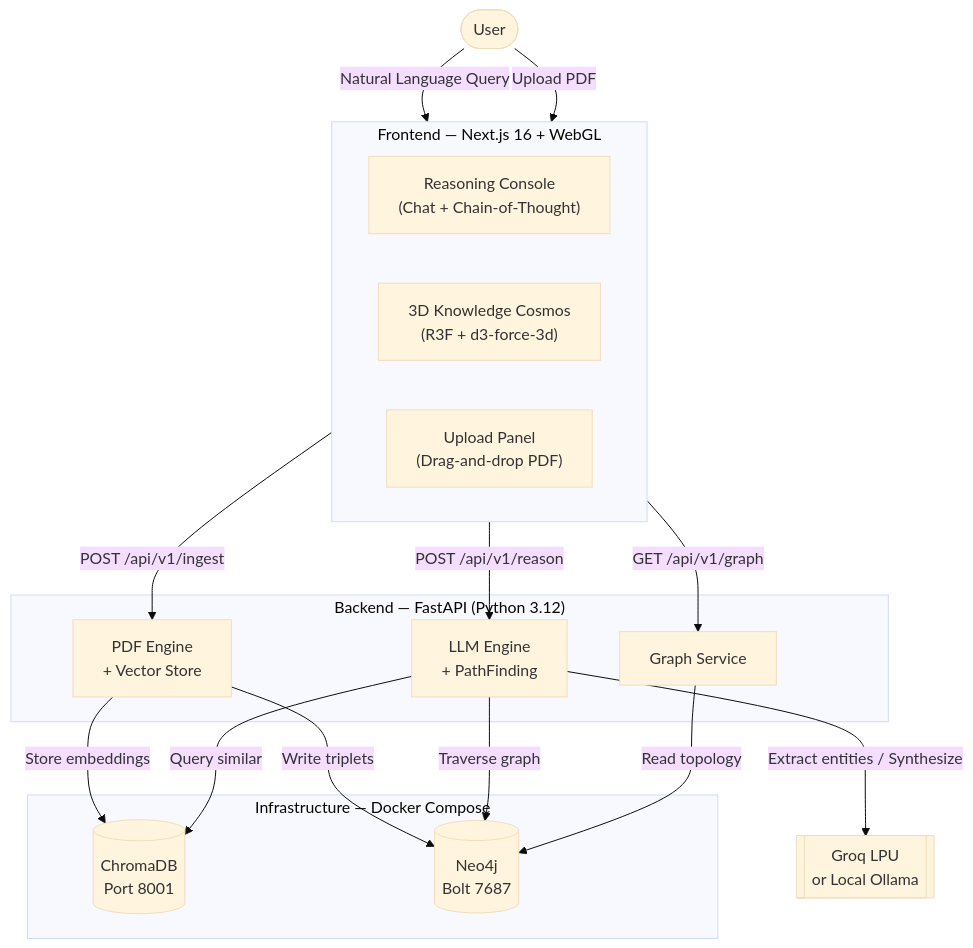
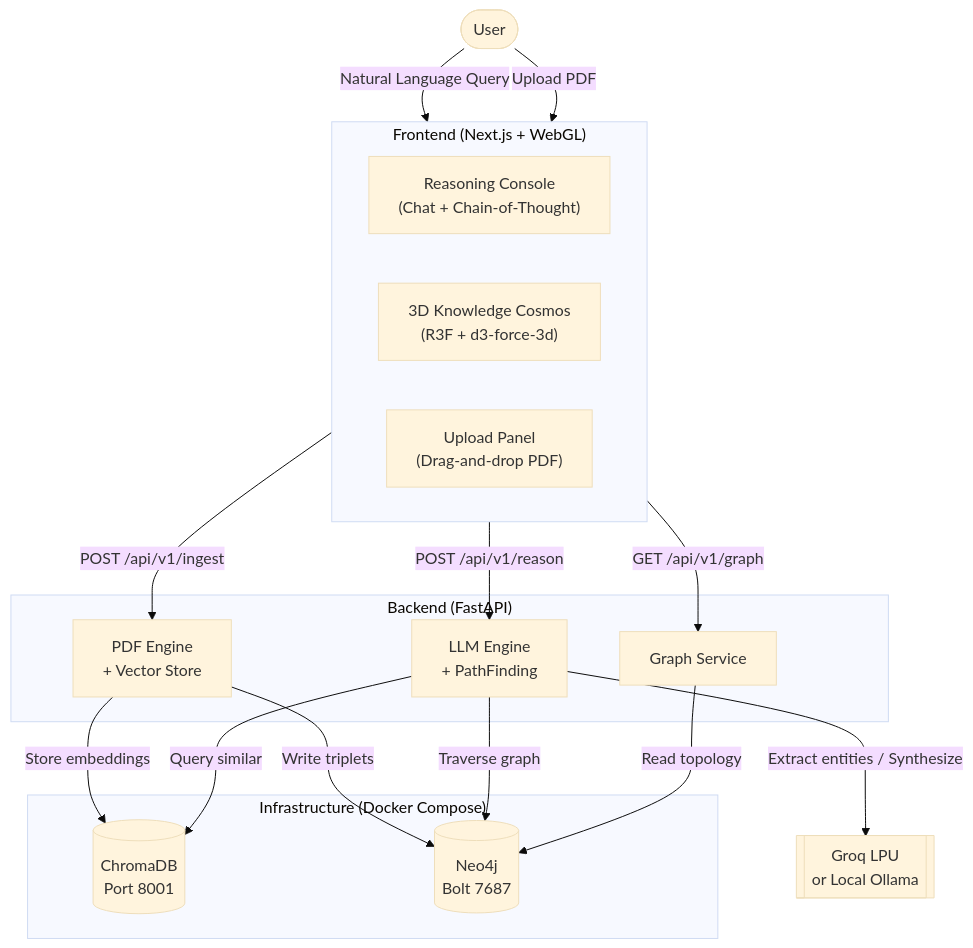
One commit to sakshi-kadian/aurelius changed the diagram in README.md. Above: the diagram before and after it, drawn with Mermaid (base theme). The commit also changed other lines of this file, not shown here.

````diff
--- a/README.md
+++ b/README.md
@@ -32,33 +32,33 @@
 ```mermaid
 graph TD
     User([User]) -->|Natural Language Query| FE
     User -->|Upload PDF| FE
 
-    subgraph FE ["Frontend — Next.js 16 + WebGL"]
-        Console["Reasoning Console\n(Chat + Chain-of-Thought)"] 
-        Canvas["3D Knowledge Cosmos\n(R3F + d3-force-3d)"]
-        Upload["Upload Panel\n(Drag-and-drop PDF)"]
+    subgraph FE ["Frontend (Next.js + WebGL)"]
+        Console["Reasoning Console<br>(Chat + Chain-of-Thought)"] 
+        Canvas["3D Knowledge Cosmos<br>(R3F + d3-force-3d)"]
+        Upload["Upload Panel<br>(Drag-and-drop PDF)"]
     end
 
     FE -->|POST /api/v1/ingest| Ingest
     FE -->|POST /api/v1/reason| Reason
     FE -->|GET /api/v1/graph| Graph
 
-    subgraph BE ["Backend — FastAPI (Python 3.12)"]
-        Ingest["PDF Engine\n+ Vector Store"]
-        Reason["LLM Engine\n+ PathFinding"]
+    subgraph BE ["Backend (FastAPI)"]
+        Ingest["PDF Engine<br>+ Vector Store"]
+        Reason["LLM Engine<br>+ PathFinding"]
         Graph["Graph Service"]
     end
 
-    Ingest -->|Store embeddings| Chroma[(ChromaDB\nPort 8001)]
-    Ingest -->|Write triplets| Neo4j[(Neo4j\nBolt 7687)]
+    Ingest -->|Store embeddings| Chroma[(ChromaDB<br>Port 8001)]
+    Ingest -->|Write triplets| Neo4j[(Neo4j<br>Bolt 7687)]
     Reason -->|Query similar| Chroma
     Reason -->|Traverse graph| Neo4j
-    Reason -->|Extract entities / Synthesize| LLM[["Groq LPU\nor Local Ollama"]]
+    Reason -->|Extract entities / Synthesize| LLM[["Groq LPU<br>or Local Ollama"]]
     Graph -->|Read topology| Neo4j
 
-    subgraph Infra ["Infrastructure — Docker Compose"]
+    subgraph Infra ["Infrastructure (Docker Compose)"]
         Chroma
         Neo4j
     end
 ```
````
